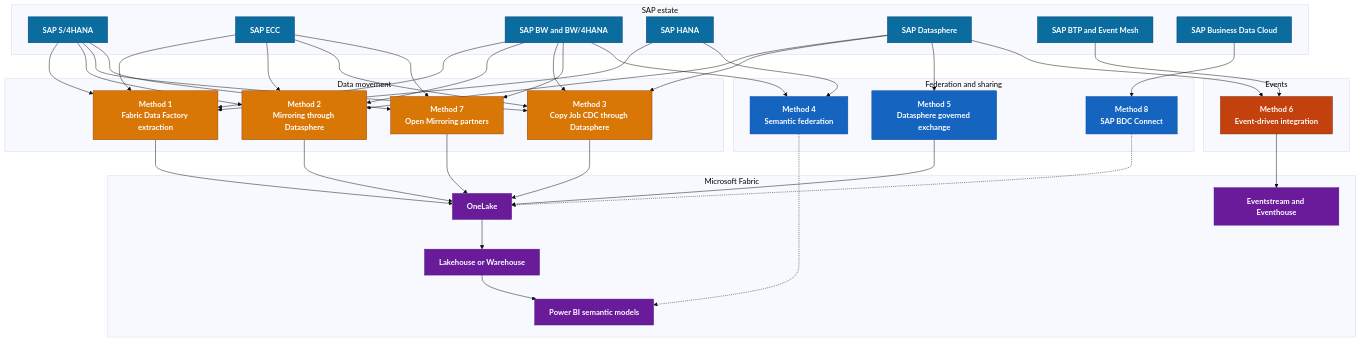
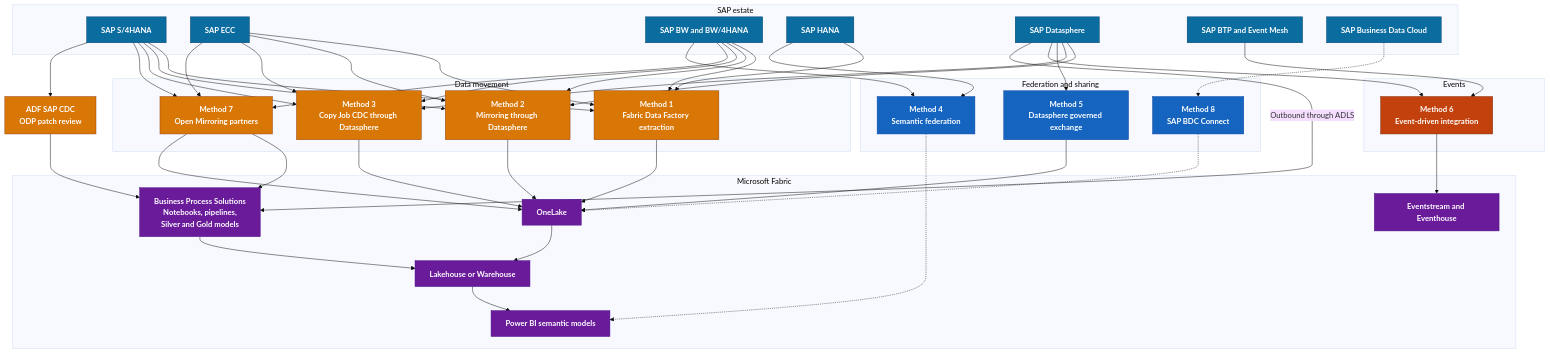
Before and after one commit to fredgis/fabric-foundry-kb: the first of 10 diagrams in markdown/SAP_Fabric_Connectivity.md, drawn with Mermaid (base theme). The commit also changed other lines of this file and 9 other files, not shown here.

First line of the commit message:
docs(sap): add BPS and FabCon Europe 2026 updates

````diff
--- a/markdown/SAP_Fabric_Connectivity.md
+++ b/markdown/SAP_Fabric_Connectivity.md
@@ -71,64 +73,70 @@
 ```mermaid
 flowchart TB
     subgraph SAP["SAP estate"]
         S4["SAP S/4HANA"]
         ECC["SAP ECC"]
         BW["SAP BW and BW/4HANA"]
         HANA["SAP HANA"]
         DS["SAP Datasphere"]
         BTP["SAP BTP and Event Mesh"]
         BDC["SAP Business Data Cloud"]
     end
 
     subgraph Move["Data movement"]
         M1["Method 1<br/>Fabric Data Factory extraction"]
         M2["Method 2<br/>Mirroring through Datasphere"]
         M3["Method 3<br/>Copy Job CDC through Datasphere"]
         M7["Method 7<br/>Open Mirroring partners"]
     end
 
     subgraph Federate["Federation and sharing"]
         M4["Method 4<br/>Semantic federation"]
         M5["Method 5<br/>Datasphere governed exchange"]
         M8["Method 8<br/>SAP BDC Connect"]
     end
 
     subgraph Events["Events"]
         M6["Method 6<br/>Event-driven integration"]
     end
 
     subgraph Fabric["Microsoft Fabric"]
         OL["OneLake"]
         LH["Lakehouse or Warehouse"]
         ES["Eventstream and Eventhouse"]
         PBI["Power BI semantic models"]
+        BPS["Business Process Solutions<br/>Notebooks, pipelines,<br/>Silver and Gold models"]
     end
 
     S4 & ECC & BW & HANA --> M1
     S4 & ECC & BW & DS --> M2
     S4 & ECC & BW & DS --> M3
     S4 & ECC & BW --> M7
     BW & HANA --> M4
     DS --> M5
     DS & BTP --> M6
-    BDC --> M8
+    BDC -.-> M8
+    S4 --> ADF["ADF SAP CDC<br/>ODP patch review"]
+    ADF --> BPS
+    DS -->|"Outbound through ADLS"| BPS
+    M7 --> BPS
+    BPS --> LH
 
     M1 & M2 & M3 & M7 --> OL
     M5 --> OL
     M8 -.-> OL
     M6 --> ES
     OL --> LH --> PBI
     M4 -.-> PBI
 
     classDef sap fill:#0B6CA0,stroke:#003D66,color:#ffffff,font-weight:bold
     classDef movement fill:#D97706,stroke:#92400E,color:#ffffff,font-weight:bold
     classDef federation fill:#1565C0,stroke:#0D47A1,color:#ffffff,font-weight:bold
     classDef event fill:#C2410C,stroke:#7C2D12,color:#ffffff,font-weight:bold
     classDef fabric fill:#6A1B9A,stroke:#4A148C,color:#ffffff,font-weight:bold
 
     class S4,ECC,BW,HANA,DS,BTP,BDC sap
-    class M1,M2,M3,M7 movement
+    class M1,M2,M3,M7,ADF movement
     class M4,M5,M8 federation
     class M6 event
-    class OL,LH,ES,PBI fabric
+    class OL,LH,ES,PBI,BPS fabric
 ```
````
